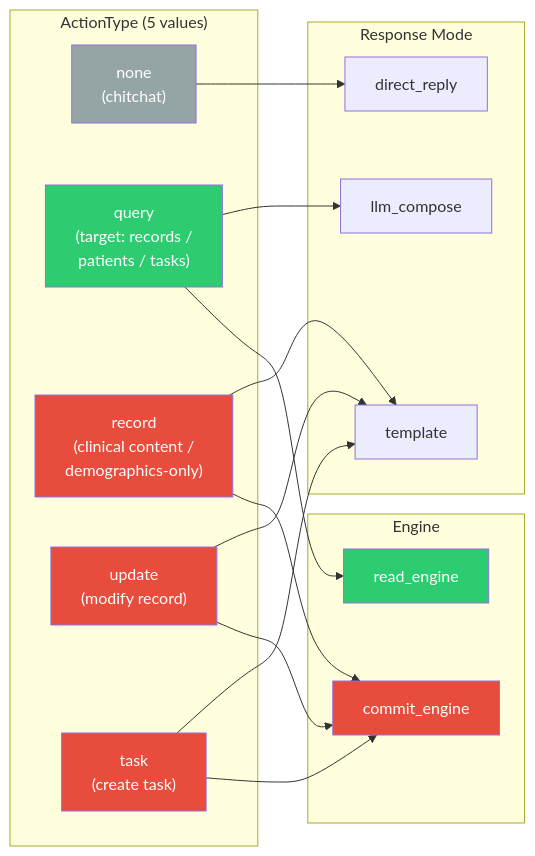
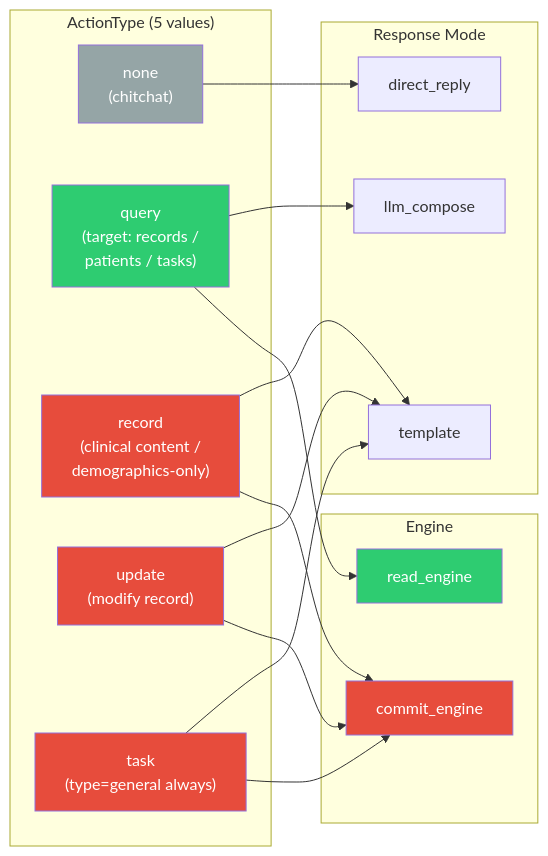
Before and after one commit to moments8890/doctor-ai-agent: the second of 11 diagrams in docs/adr/0013-architecture-diagram.md, drawn with Mermaid. The commit also changed other lines of this file, not shown here.

First line of the commit message:
docs: rewrite ADR 0013 diagrams to match ADR decisions

````diff
--- a/docs/adr/0013-architecture-diagram.md
+++ b/docs/adr/0013-architecture-diagram.md
@@ -67,40 +67,40 @@
 ```mermaid
 graph LR
     subgraph "ActionType (5 values)"
         none["none<br/>(chitchat)"]
         query["query<br/>(target: records /<br/>patients / tasks)"]
         record["record<br/>(clinical content /<br/>demographics-only)"]
         update["update<br/>(modify record)"]
-        task["task<br/>(create task)"]
+        task["task<br/>(type=general always)"]
     end
 
     subgraph "Response Mode"
         dr["direct_reply"]
         lc["llm_compose"]
         tp["template"]
     end
 
     subgraph Engine
         re["read_engine"]
         ce["commit_engine"]
     end
 
     none --> dr
     query --> lc
     record --> tp
     update --> tp
     task --> tp
 
     query --> re
     record --> ce
     update --> ce
     task --> ce
 
     style none fill:#95a5a6,color:#fff
     style query fill:#2ecc71,color:#fff
     style record fill:#e74c3c,color:#fff
     style update fill:#e74c3c,color:#fff
     style task fill:#e74c3c,color:#fff
     style re fill:#2ecc71,color:#fff
     style ce fill:#e74c3c,color:#fff
 ```
````
